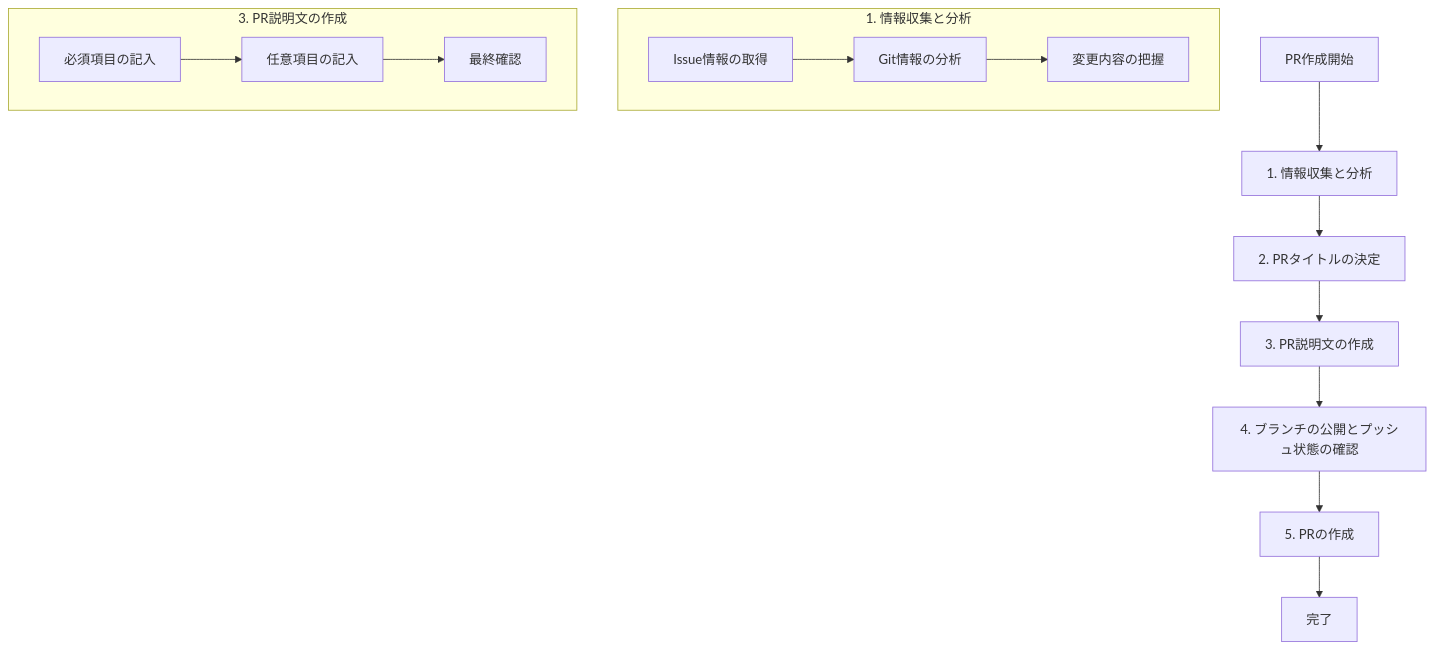
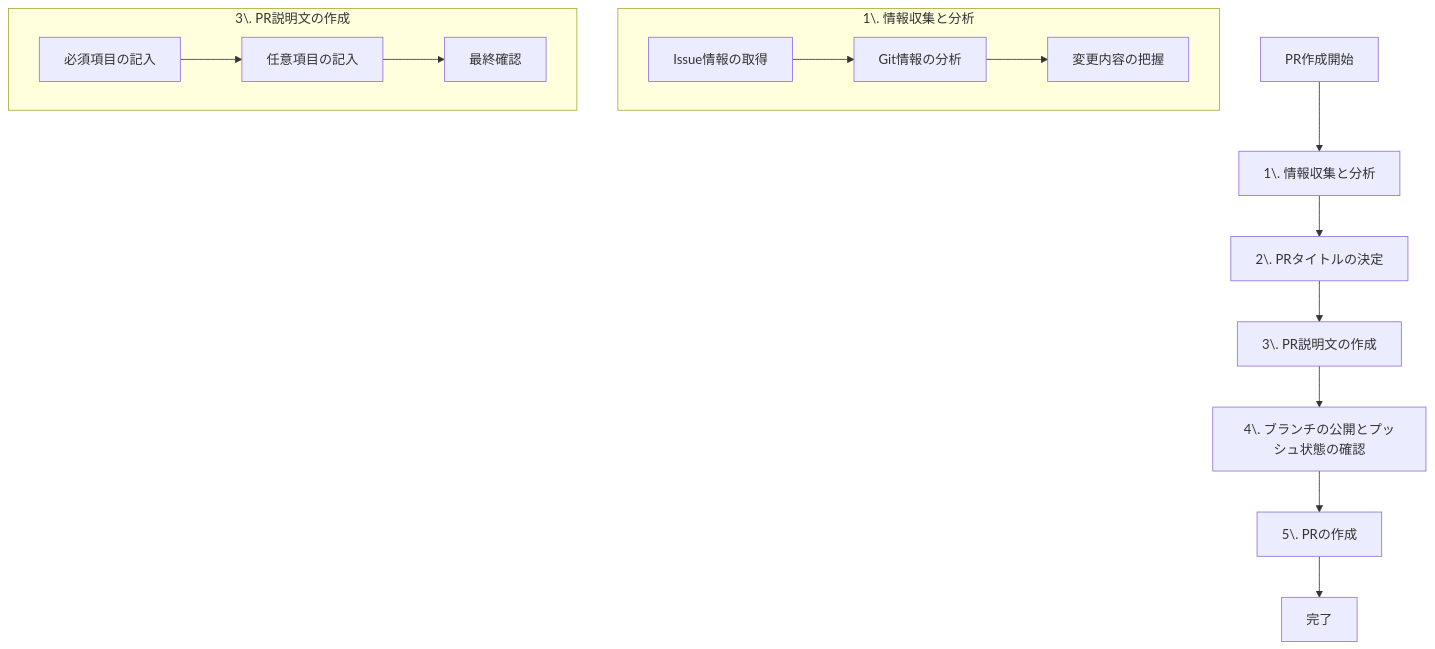
Before and after one commit to MasatoMakino/pixijs-basic-scrollbar: the diagram in .clinerules/PULL_REQUEST.md, drawn with Mermaid.

Commit message:
fix: escape numbers in mermaid diagram labels to prevent markdown list syntax conflicts

````diff
--- a/.clinerules/PULL_REQUEST.md
+++ b/.clinerules/PULL_REQUEST.md
@@ -33,19 +33,19 @@
 ```mermaid
 graph TD
-    Start[PR作成開始] --> A[1. 情報収集と分析]
-    A --> B[2. PRタイトルの決定]
-    B --> C[3. PR説明文の作成]
-    C --> D[4. ブランチの公開とプッシュ状態の確認]
-    D --> E[5. PRの作成]
+    Start[PR作成開始] --> A[1\. 情報収集と分析]
+    A --> B[2\. PRタイトルの決定]
+    B --> C[3\. PR説明文の作成]
+    C --> D[4\. ブランチの公開とプッシュ状態の確認]
+    D --> E[5\. PRの作成]
     E --> End[完了]
 
-subgraph "1. 情報収集と分析"
+subgraph "1\. 情報収集と分析"
     A1[Issue情報の取得] --> A2[Git情報の分析]
     A2 --> A3[変更内容の把握]
 end
 
-subgraph "3. PR説明文の作成"
+subgraph "3\. PR説明文の作成"
     C1[必須項目の記入] --> C2[任意項目の記入]
     C2 --> C3[最終確認]
 end
 ```
````
